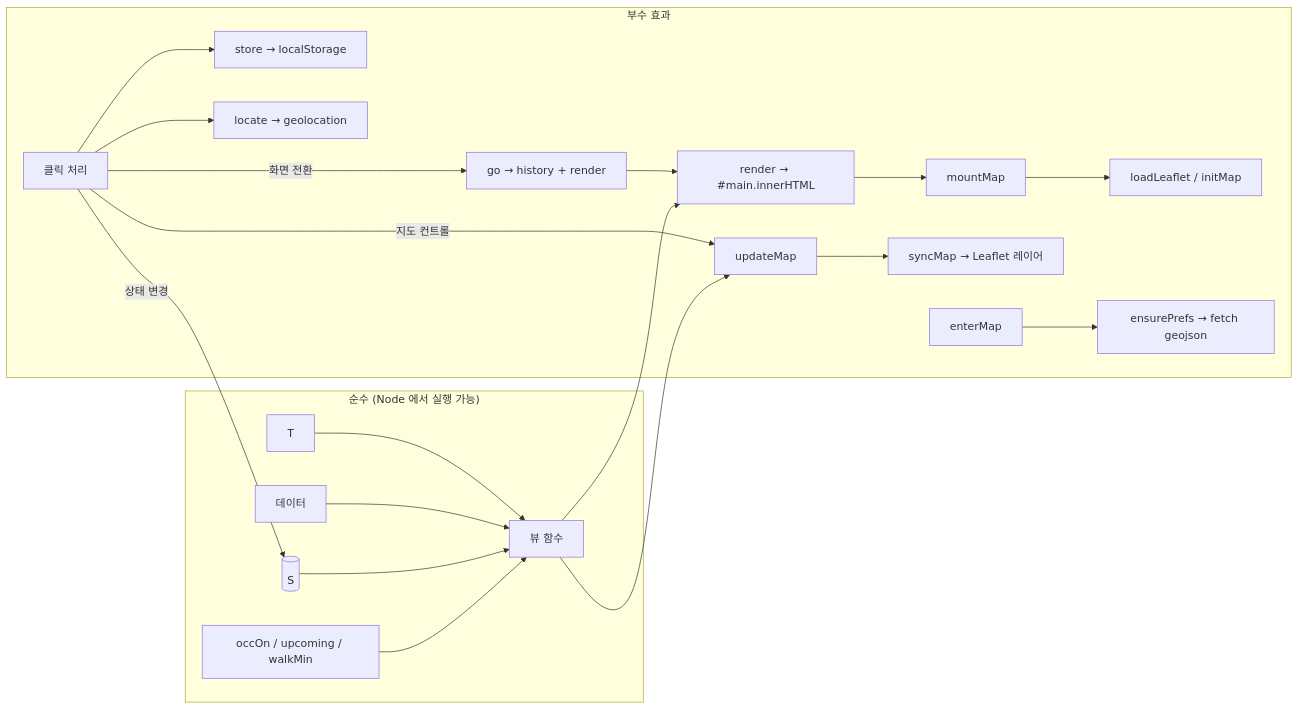
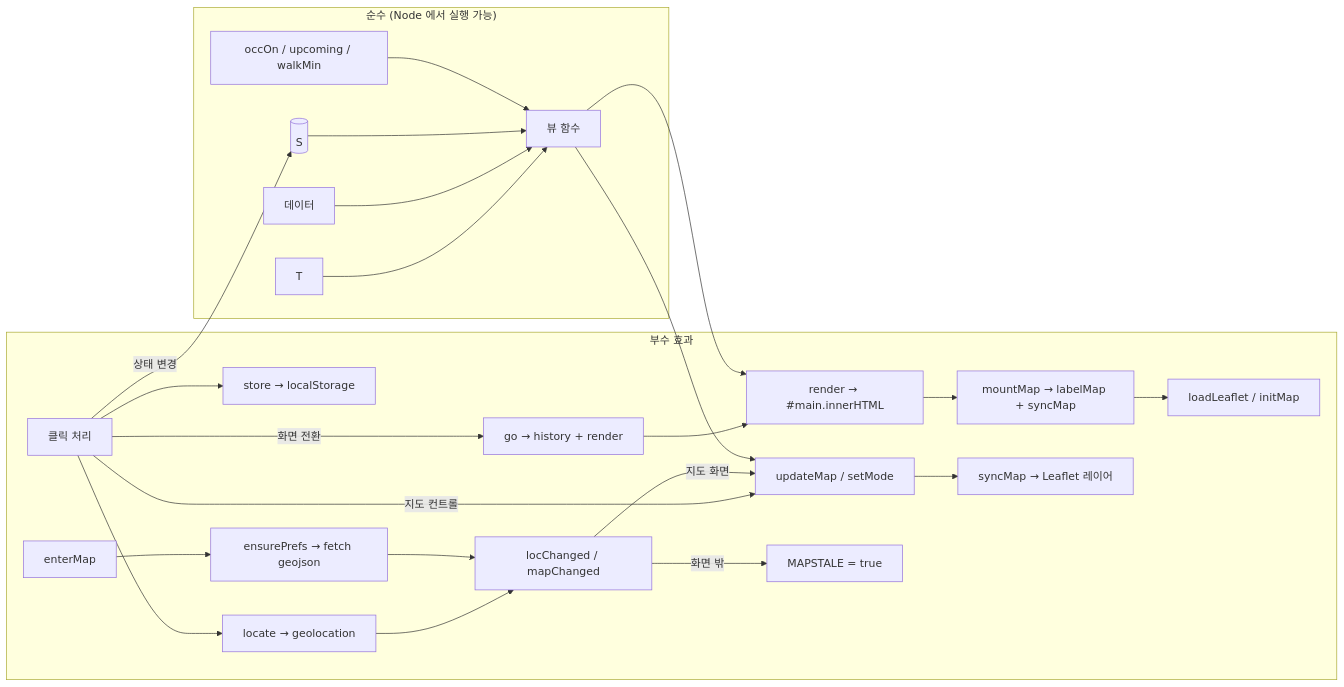
One commit to underthesun7213/yui-board changed the third of 8 diagrams in docs/architecture/rfc/0002-mlp-client-only.md. Above: the diagram before and after it, drawn with Mermaid. The commit also changed other lines of this file, not shown here.

First line of the commit message:
WIP: architect updating MLP design docs to the current code

````diff
--- a/docs/architecture/rfc/0002-mlp-client-only.md
+++ b/docs/architecture/rfc/0002-mlp-client-only.md
@@ -134,23 +134,27 @@
 ```mermaid
 flowchart LR
   subgraph pure["순수 (Node 에서 실행 가능)"]
     T[T] --> V[뷰 함수]
     D[데이터] --> V
     S[(S)] --> V
     DT[occOn / upcoming / walkMin] --> V
   end
   subgraph fx["부수 효과"]
     CL[클릭 처리] -->|상태 변경| S
     CL -->|화면 전환| GO[go → history + render]
-    CL -->|지도 컨트롤| UM[updateMap]
+    CL -->|지도 컨트롤| UM[updateMap / setMode]
     GO --> R[render → #main.innerHTML]
-    R --> MM[mountMap]
+    R --> MM[mountMap → labelMap + syncMap]
     UM --> SM[syncMap → Leaflet 레이어]
     MM --> LL[loadLeaflet / initMap]
     CL --> ST[store → localStorage]
     CL --> LOC[locate → geolocation]
     EM[enterMap] --> EP[ensurePrefs → fetch geojson]
+    LOC --> MC[locChanged / mapChanged]
+    EP --> MC
+    MC -->|지도 화면| UM
+    MC -->|화면 밖| STALE[MAPSTALE = true]
   end
   V --> R
   V --> UM
 ```
````
